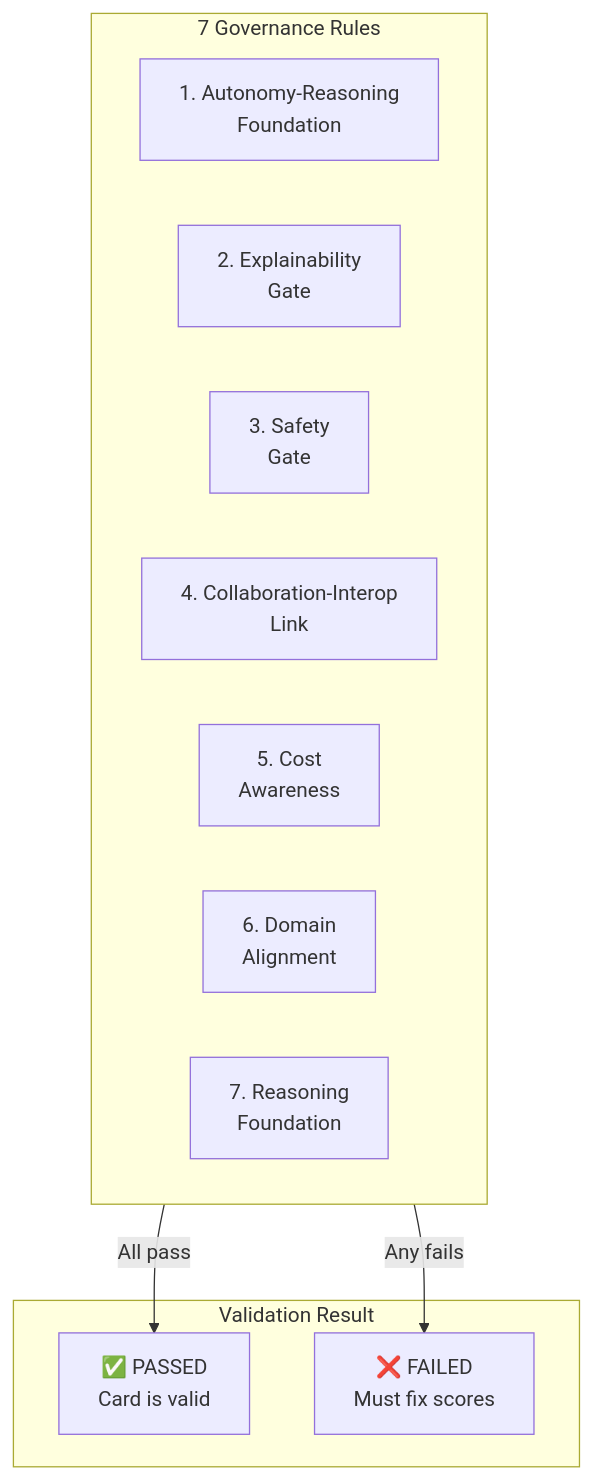
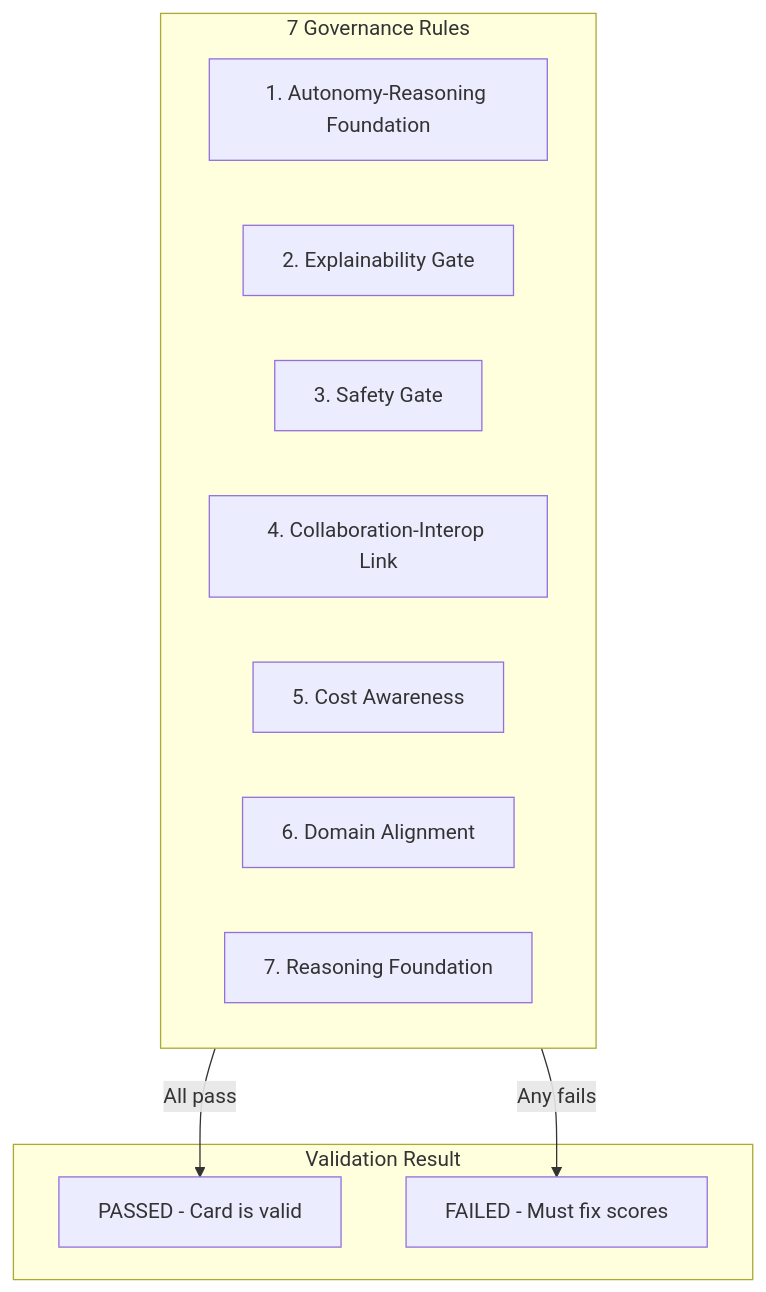
Before and after one commit to snchande/Arima-AiCMM: the fifth of 6 diagrams in docs/PRODUCT-BROCHURE.md, drawn with Mermaid. The commit also changed other lines of this file and 1 other file, not shown here.

First line of the commit message:
Add copy-paste CLI recipes and fix Mermaid diagrams

````diff
--- a/docs/PRODUCT-BROCHURE.md
+++ b/docs/PRODUCT-BROCHURE.md
@@ -547,20 +969,18 @@
 ```mermaid
 graph TD
-    subgraph Rules["7 Governance Rules"]
-        R1[1. Autonomy-Reasoning<br/>Foundation]
-        R2[2. Explainability<br/>Gate]
-        R3[3. Safety<br/>Gate]
-        R4[4. Collaboration-Interop<br/>Link]
-        R5[5. Cost<br/>Awareness]
-        R6[6. Domain<br/>Alignment]
-        R7[7. Reasoning<br/>Foundation]
+    subgraph Rules[7 Governance Rules]
+        R1[1. Autonomy-Reasoning Foundation]
+        R2[2. Explainability Gate]
+        R3[3. Safety Gate]
+        R4[4. Collaboration-Interop Link]
+        R5[5. Cost Awareness]
+        R6[6. Domain Alignment]
+        R7[7. Reasoning Foundation]
     end
-
-    subgraph Outcome["Validation Result"]
-        Pass[✅ PASSED<br/>Card is valid]
-        Fail[❌ FAILED<br/>Must fix scores]
+    subgraph Outcome[Validation Result]
+        Pass[PASSED - Card is valid]
+        Fail[FAILED - Must fix scores]
     end
-
     Rules --> |All pass| Pass
     Rules --> |Any fails| Fail
 ```
````
